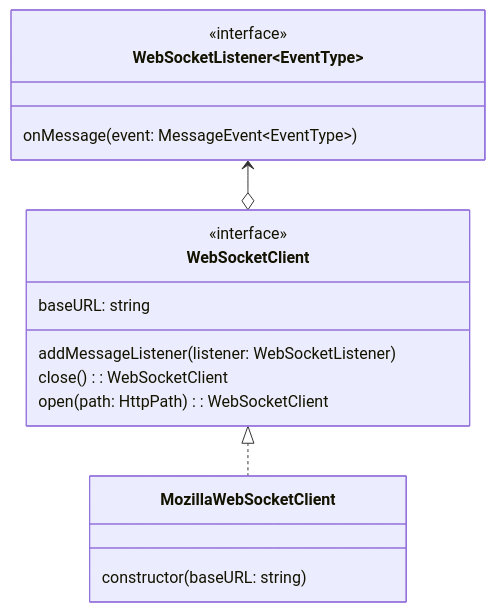
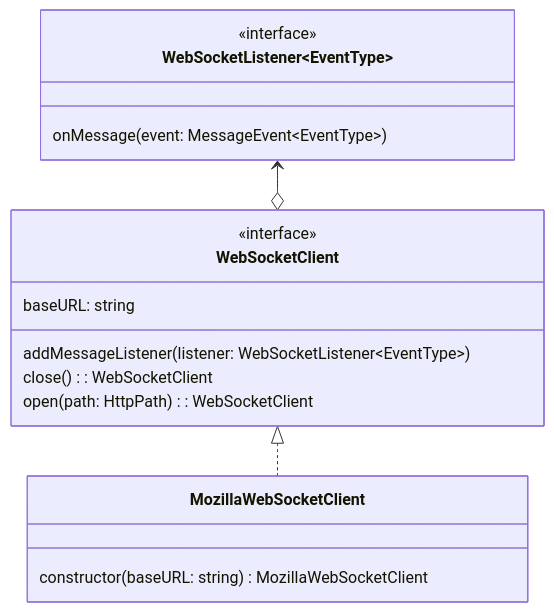
Before and after one commit to vechain/vechain-sdk-js: the diagram in docs/diagrams/v2/net/ws/ws.md, drawn with Mermaid.

Commit message:
feat: 1484 subscriptions documenting...

````diff
--- a/docs/diagrams/v2/net/ws/ws.md
+++ b/docs/diagrams/v2/net/ws/ws.md
@@ -1,19 +1,19 @@
 ```mermaid
 classDiagram
     class MozillaWebSocketClient {
-        constructor(baseURL: string)
+        constructor(baseURL: string) MozillaWebSocketClient
     }
     class WebSocketClient {
         <<interface>>
         baseURL: string
-        addMessageListener(listener: WebSocketListener)
+        addMessageListener(listener: WebSocketListener~EventType~)
         close(): WebSocketClient
         open(path: HttpPath): WebSocketClient
     }
     class WebSocketListener~EventType~ {
         <<interface>>
         onMessage(event: MessageEvent~EventType~)
     }
     WebSocketClient <|.. MozillaWebSocketClient
     WebSocketListener <--o WebSocketClient
 ```
````
